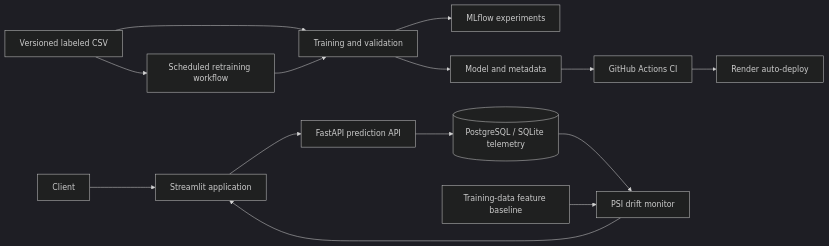
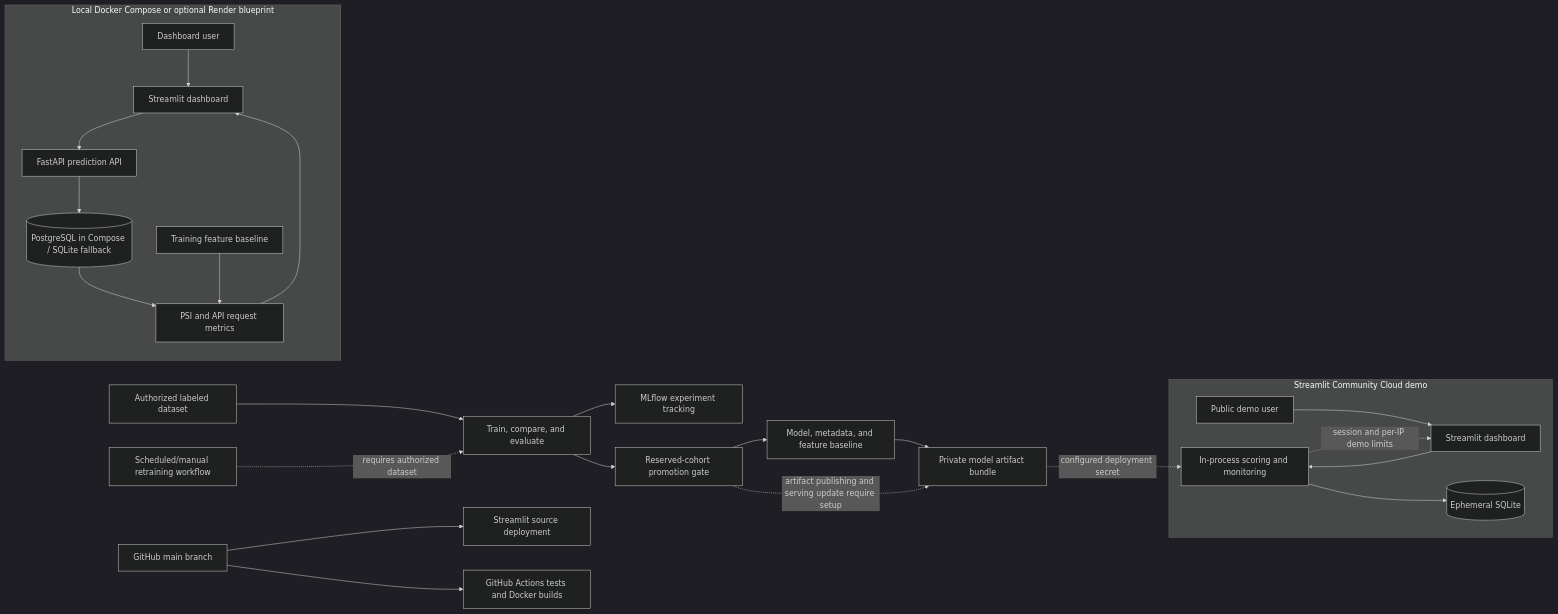
One commit to nipunidasanayake/customer-churn-mlops changed the diagram in README.md. Above: the diagram before and after it, drawn with Mermaid (dark theme). The commit also changed other lines of this file, not shown here.

````diff
--- a/README.md
+++ b/README.md
@@ -7,16 +23,30 @@
 ```mermaid
 flowchart LR
-    CSV[Versioned labeled CSV] --> Train[Training and validation]
-    Train --> MLflow[MLflow experiments]
-    Train --> Artifacts[Model and metadata]
-    Artifacts --> CI[GitHub Actions CI]
-    CI --> Render[Render auto-deploy]
-    Client --> Dashboard[Streamlit application]
-    Dashboard --> API[FastAPI prediction API]
-    API --> Store[(PostgreSQL / SQLite telemetry)]
-    Store --> Drift[PSI drift monitor]
-    Baseline[Training-data feature baseline] --> Drift
-    Drift --> Dashboard
-    CSV --> Schedule[Scheduled retraining workflow]
-    Schedule --> Train
+    Data[Authorized labeled dataset] --> Train[Train, compare, and evaluate]
+    Train --> Track[MLflow experiment tracking]
+    Train --> Gate[Reserved-cohort promotion gate]
+    Gate --> Model[Model, metadata, and feature baseline]
+    Model --> Bundle[Private model artifact bundle]
+
+    subgraph PublicDemo[Streamlit Community Cloud demo]
+        Visitor[Public demo user] --> CloudUI[Streamlit dashboard]
+        CloudUI --> Embedded[In-process scoring and monitoring]
+        Embedded --> CloudDB[(Ephemeral SQLite)]
+        Embedded -. "session and per-IP demo limits" .-> CloudUI
+    end
+    Bundle -. "configured deployment secret" .-> Embedded
+    Main[GitHub main branch] --> Deploy[Streamlit source deployment]
+
+    subgraph APIStack[Local Docker Compose or optional Render blueprint]
+        User[Dashboard user] --> UI[Streamlit dashboard]
+        UI --> API[FastAPI prediction API]
+        API --> DB[(PostgreSQL in Compose / SQLite fallback)]
+        DB --> Monitor[PSI and API request metrics]
+        Baseline[Training feature baseline] --> Monitor
+        Monitor --> UI
+    end
+
+    Main --> CI[GitHub Actions tests and Docker builds]
+    Schedule[Scheduled/manual retraining workflow] -. "requires authorized dataset" .-> Train
+    Gate -. "artifact publishing and serving update require setup" .-> Bundle
 ```
````
